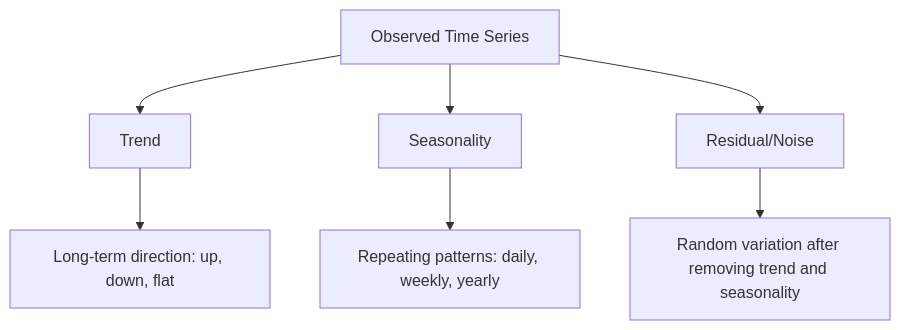
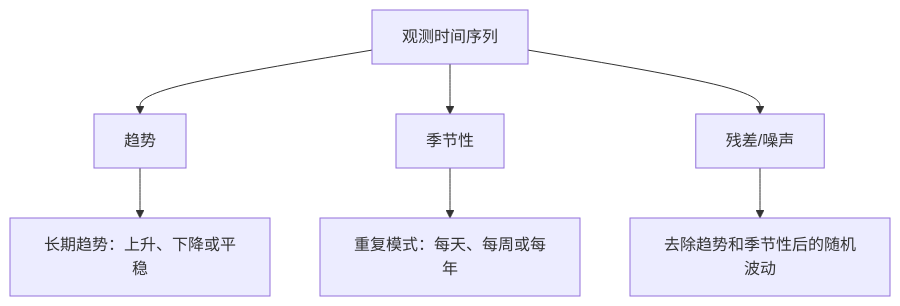
One commit to huangyue12120/Learning-Atlas changed the second of 3 diagrams in content/translations/practice/02-ml-fundamentals/15-time-series/zh.md. Above: the diagram before and after it, drawn with Mermaid. The commit also changed other lines of this file and 24 other files, not shown here.

Commit message:
fix(reader): localize Mermaid in source content

````diff
--- a/content/translations/practice/02-ml-fundamentals/15-time-series/zh.md
+++ b/content/translations/practice/02-ml-fundamentals/15-time-series/zh.md
@@ -78,10 +78,10 @@
 ```mermaid
 flowchart TD
-    A[Observed Time Series] --> B[Trend]
-    A --> C[Seasonality]
-    A --> D[Residual/Noise]
+    A[观测时间序列] --> B[趋势]
+    A --> C[季节性]
+    A --> D[残差/噪声]
 
-    B --> E[Long-term direction: up, down, flat]
-    C --> F[Repeating patterns: daily, weekly, yearly]
-    D --> G[Random variation after removing trend and seasonality]
+    B --> E[长期趋势：上升、下降或平稳]
+    C --> F[重复模式：每天、每周或每年]
+    D --> G[去除趋势和季节性后的随机波动]
 ```
````
